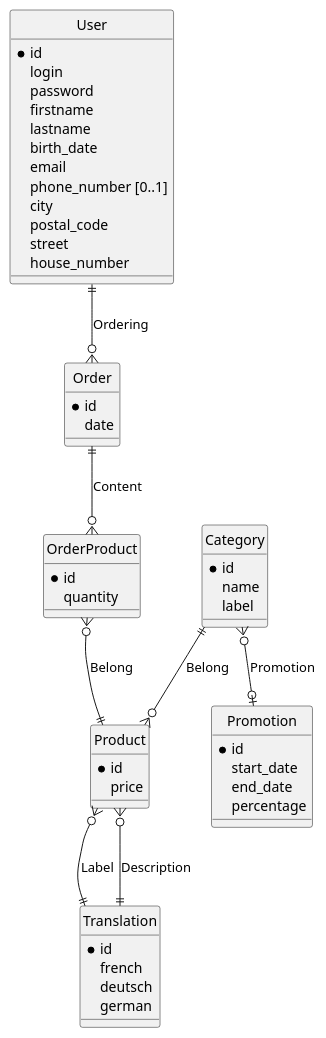
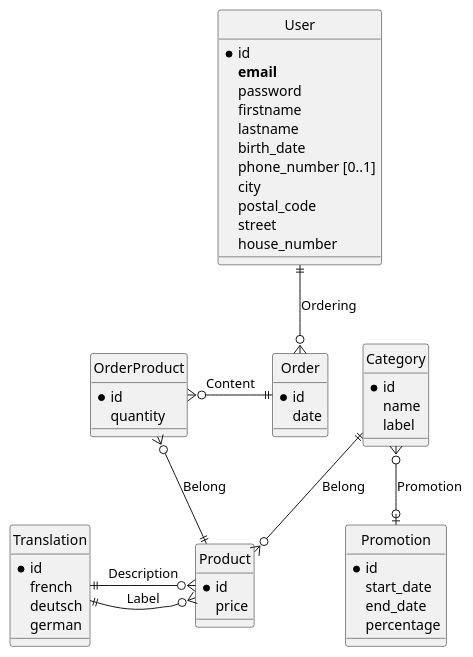
One commit to ThibBer/SportProducts changed the diagram in schema/entityRelation.puml. Above: the diagram before and after it, drawn with PlantUML. The commit also changed 1 other file, not shown here.

Commit message:
Update schemas

```diff
--- a/schema/entityRelation.puml
+++ b/schema/entityRelation.puml
@@ -1,64 +1,62 @@
 @startuml
 hide circle
 
 entity User {
     * id
-    login
+    **email**
     password
     firstname
     lastname
     birth_date
-    email
     phone_number [0..1]
     city
     postal_code
     street
     house_number
 }
 
 entity Category {
     * id
     name
     label
 }
 
 entity Product  {
     * id
     price
 }
 
 entity Order {
     *id
     date
 }
 
 entity OrderProduct {
     *id
     quantity
 }
 
 entity Translation {
     * id
     french
     deutsch
     german
 }
 
 entity Promotion {
     *id
     start_date
     end_date
     percentage
 }
 
-Order ||--o{ OrderProduct : Content
+Order ||-left-o{ OrderProduct : Content
 User ||--o{ Order : Ordering
 Category ||--o{ Product : Belong
 OrderProduct }o--|| Product : Belong
 
 Category }o--o| Promotion : Promotion
 
-Product }o--|| Translation : Label
+Product }o-left-|| Translation : Label
 Product }o--|| Translation : Description
-
 @enduml
```
